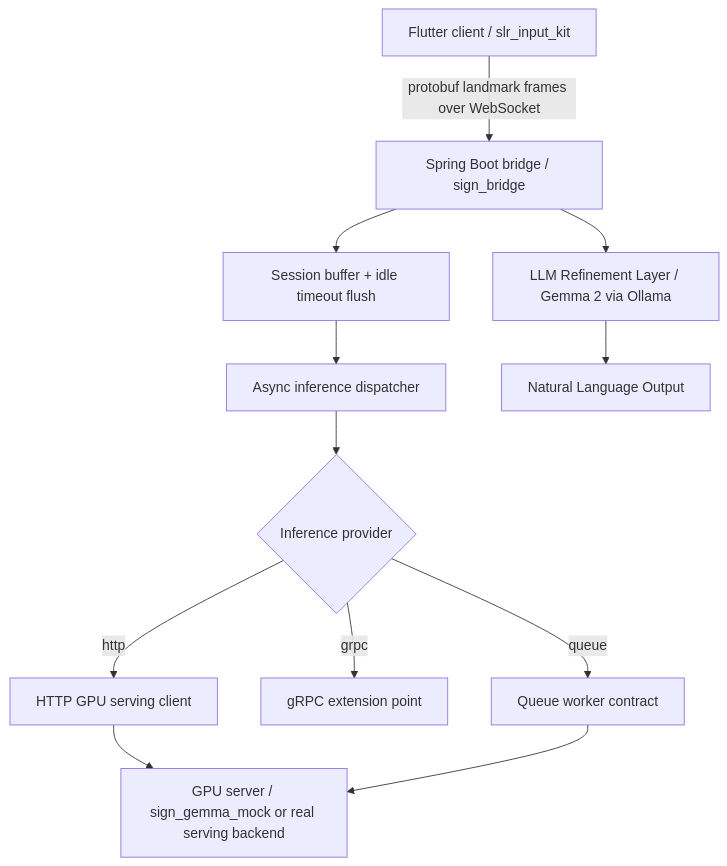
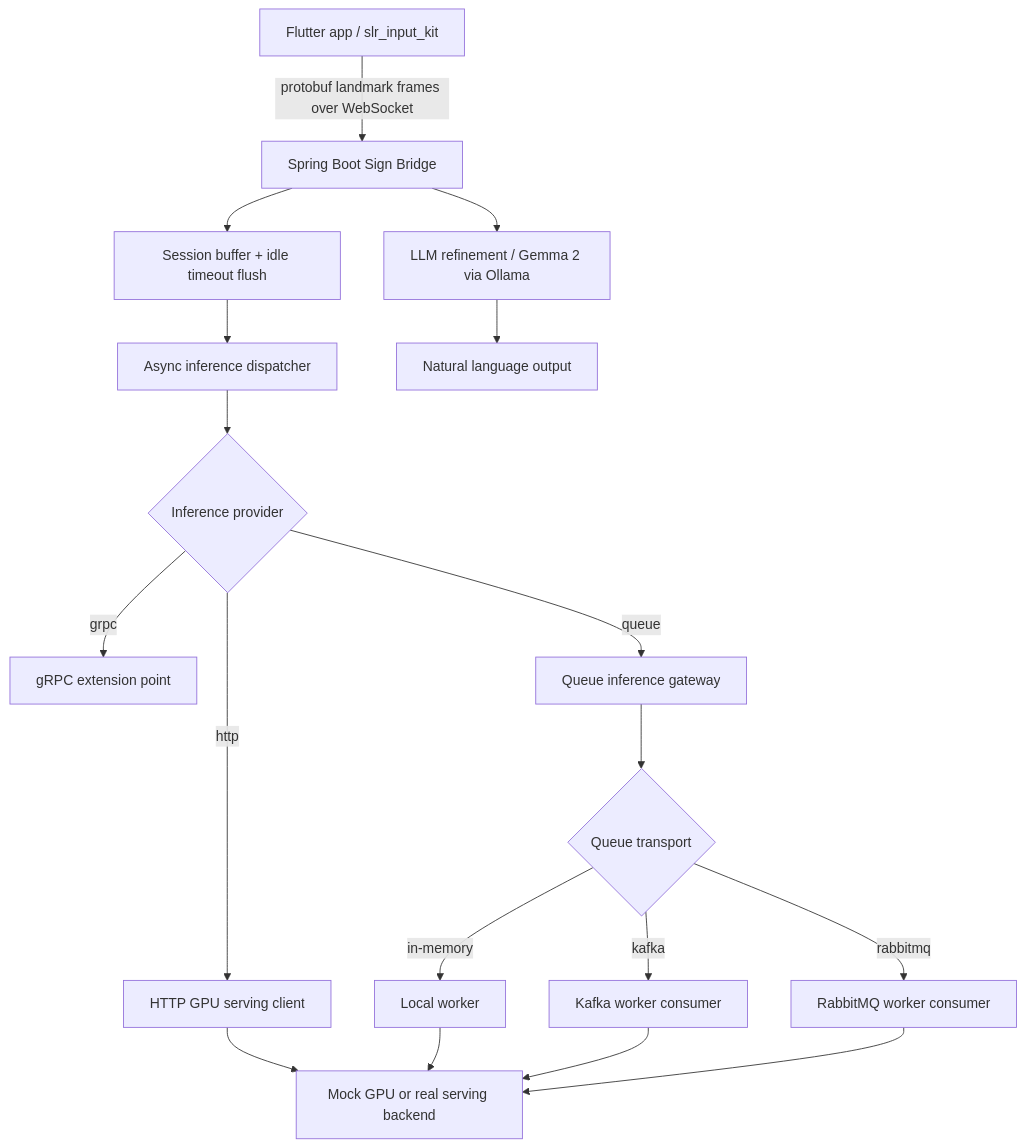
Before and after one commit to clevekim00/mj_sign: the diagram in README.md, drawn with Mermaid. The commit also changed other lines of this file and 55 other files, not shown here.

````diff
--- a/README.md
+++ b/README.md
@@ -16,14 +27,20 @@
 ```mermaid
 graph TD
-    A["Flutter client / slr_input_kit"] -->|"protobuf landmark frames over WebSocket"| B["Spring Boot bridge / sign_bridge"]
+    A["Flutter app / slr_input_kit"] -->|"protobuf landmark frames over WebSocket"| B["Spring Boot Sign Bridge"]
     B --> C["Session buffer + idle timeout flush"]
     C --> D["Async inference dispatcher"]
     D --> E{"Inference provider"}
     E -->|"http"| F["HTTP GPU serving client"]
     E -->|"grpc"| G["gRPC extension point"]
-    E -->|"queue"| H["Queue worker contract"]
-    F --> I["GPU server / sign_gemma_mock or real serving backend"]
-    H --> I
-    B --> J["LLM Refinement Layer / Gemma 2 via Ollama"]
-    J --> K["Natural Language Output"]
+    E -->|"queue"| H["Queue inference gateway"]
+    H --> I{"Queue transport"}
+    I -->|"in-memory"| J["Local worker"]
+    I -->|"kafka"| K["Kafka worker consumer"]
+    I -->|"rabbitmq"| L["RabbitMQ worker consumer"]
+    F --> M["Mock GPU or real serving backend"]
+    J --> M
+    K --> M
+    L --> M
+    B --> N["LLM refinement / Gemma 2 via Ollama"]
+    N --> O["Natural language output"]
 ```
````
